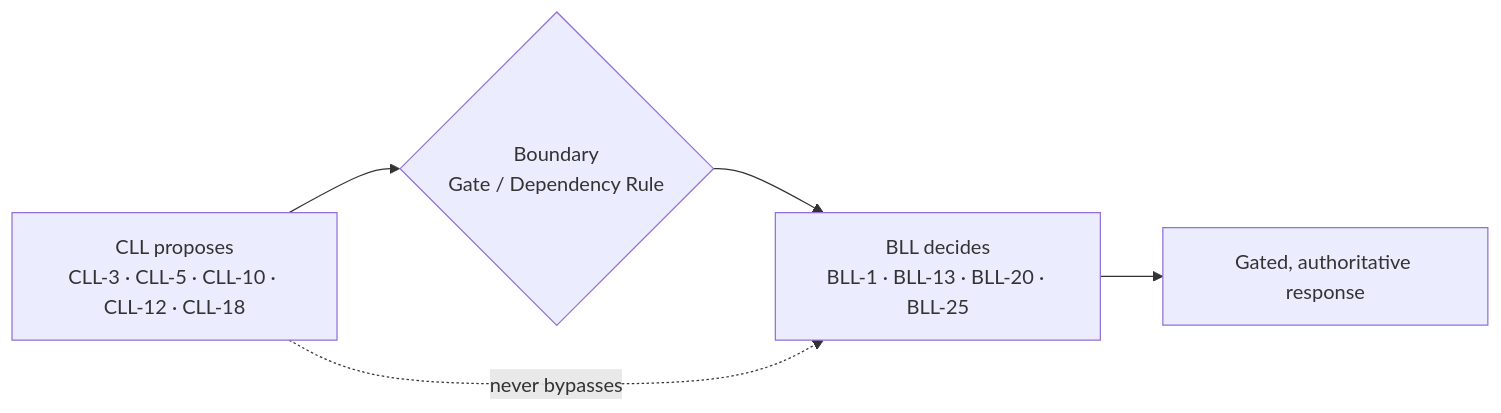
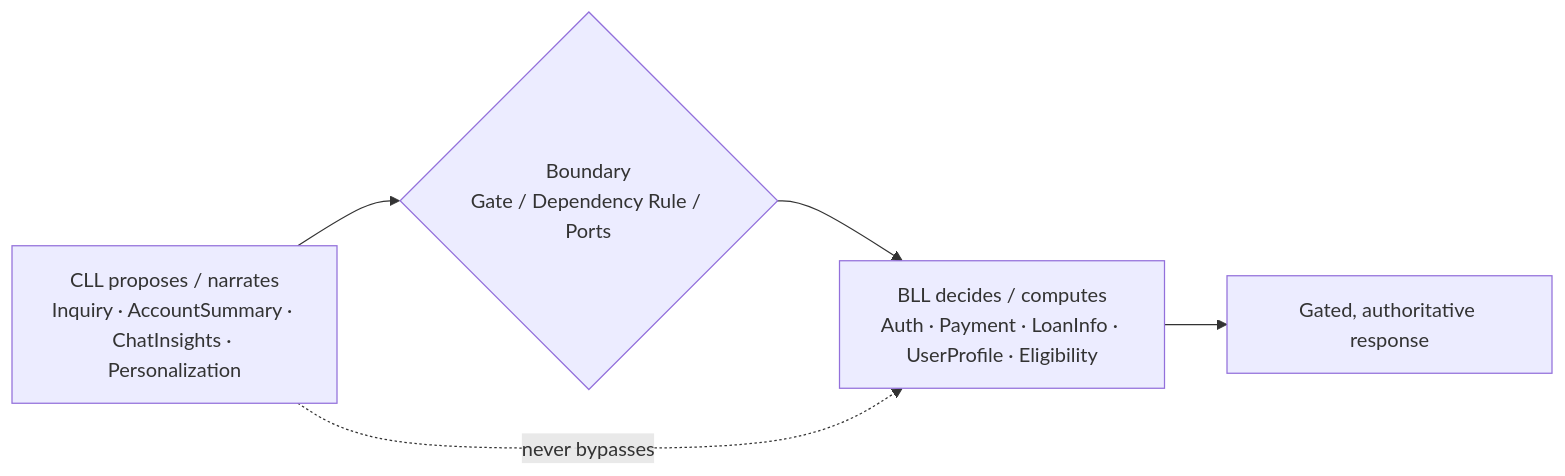
Before and after one commit to antongeorgescu/poc-plus-hexagonal-architecture: the eighth of 8 diagrams in documentation/plus_architecture.md, drawn with Mermaid. The commit also changed other lines of this file, not shown here.

````diff
--- a/documentation/plus_architecture.md
+++ b/documentation/plus_architecture.md
@@ -211,7 +291,7 @@
 ```mermaid
 flowchart LR
-  A["CLL proposes<br/>CLL-3 · CLL-5 · CLL-10 · CLL-12 · CLL-18"] --> G{"Boundary<br/>Gate / Dependency Rule"}
-  G --> D["BLL decides<br/>BLL-1 · BLL-13 · BLL-20 · BLL-25"]
+  A["CLL proposes / narrates<br/>Inquiry · AccountSummary · ChatInsights · Personalization"] --> G{"Boundary<br/>Gate / Dependency Rule / Ports"}
+  G --> D["BLL decides / computes<br/>Auth · Payment · LoanInfo · UserProfile · Eligibility"]
   D --> R["Gated, authoritative response"]
   A -.->|"never bypasses"| D
 ```
````
